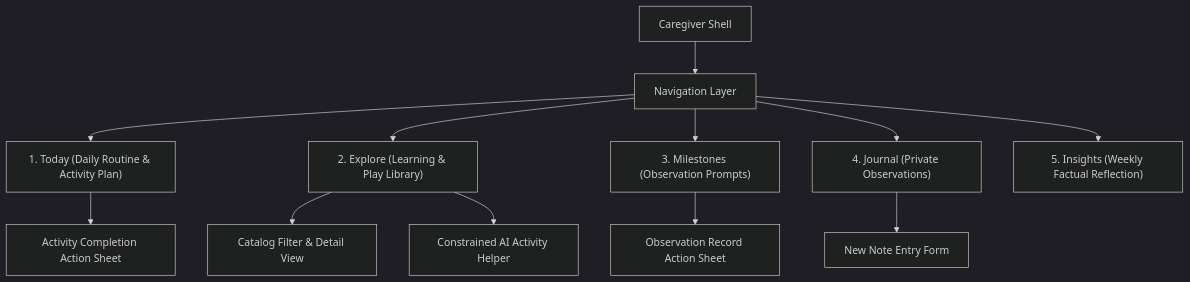
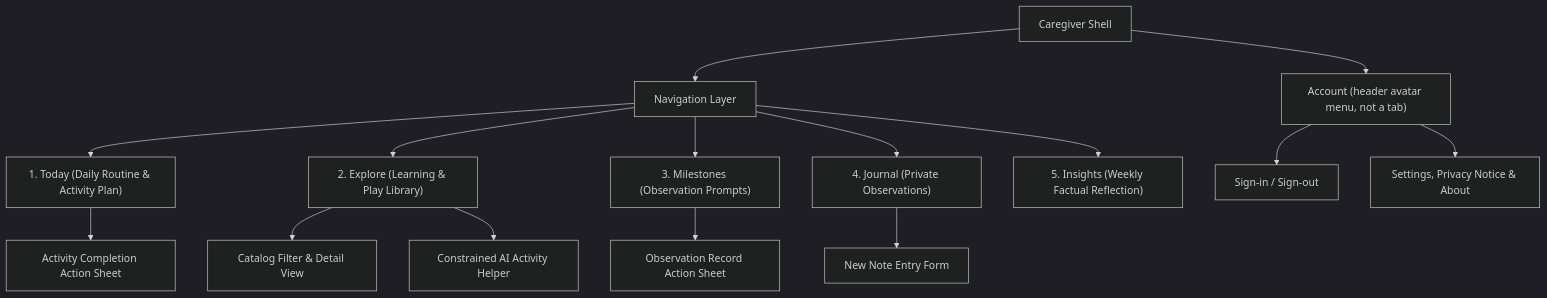
Before and after one commit to Thesis-Titans/littlesteps-docs: the third of 3 diagrams in docs/ui-ux-design-specification.md, drawn with Mermaid (dark theme). The commit also changed other lines of this file and 4 other files, not shown here.

````diff
--- a/docs/ui-ux-design-specification.md
+++ b/docs/ui-ux-design-specification.md
@@ -135,15 +135,18 @@
 ```mermaid
 graph TD
     Root["Caregiver Shell"] --> Nav["Navigation Layer"]
     Nav --> D1["1. Today (Daily Routine & Activity Plan)"]
     Nav --> D2["2. Explore (Learning & Play Library)"]
     Nav --> D3["3. Milestones (Observation Prompts)"]
     Nav --> D4["4. Journal (Private Observations)"]
     Nav --> D5["5. Insights (Weekly Factual Reflection)"]
     
     D1 --> Mod1["Activity Completion Action Sheet"]
     D2 --> Mod2["Catalog Filter & Detail View"]
     D2 --> Mod3["Constrained AI Activity Helper"]
     D3 --> Mod4["Observation Record Action Sheet"]
     D4 --> Mod5["New Note Entry Form"]
+    Root --> Acct["Account (header avatar menu, not a tab)"]
+    Acct --> A1["Sign-in / Sign-out"]
+    Acct --> A2["Settings, Privacy Notice & About"]
 ```
````
